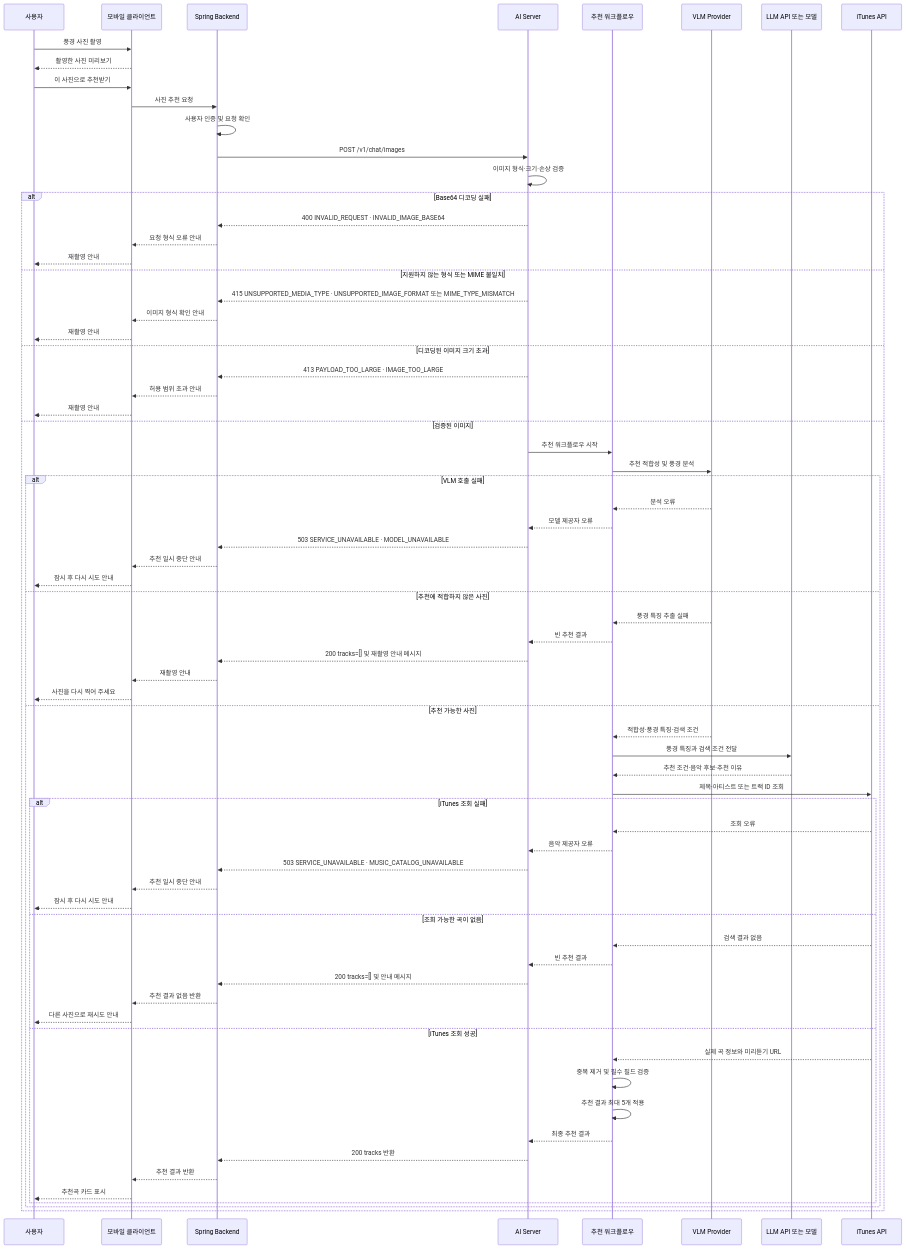
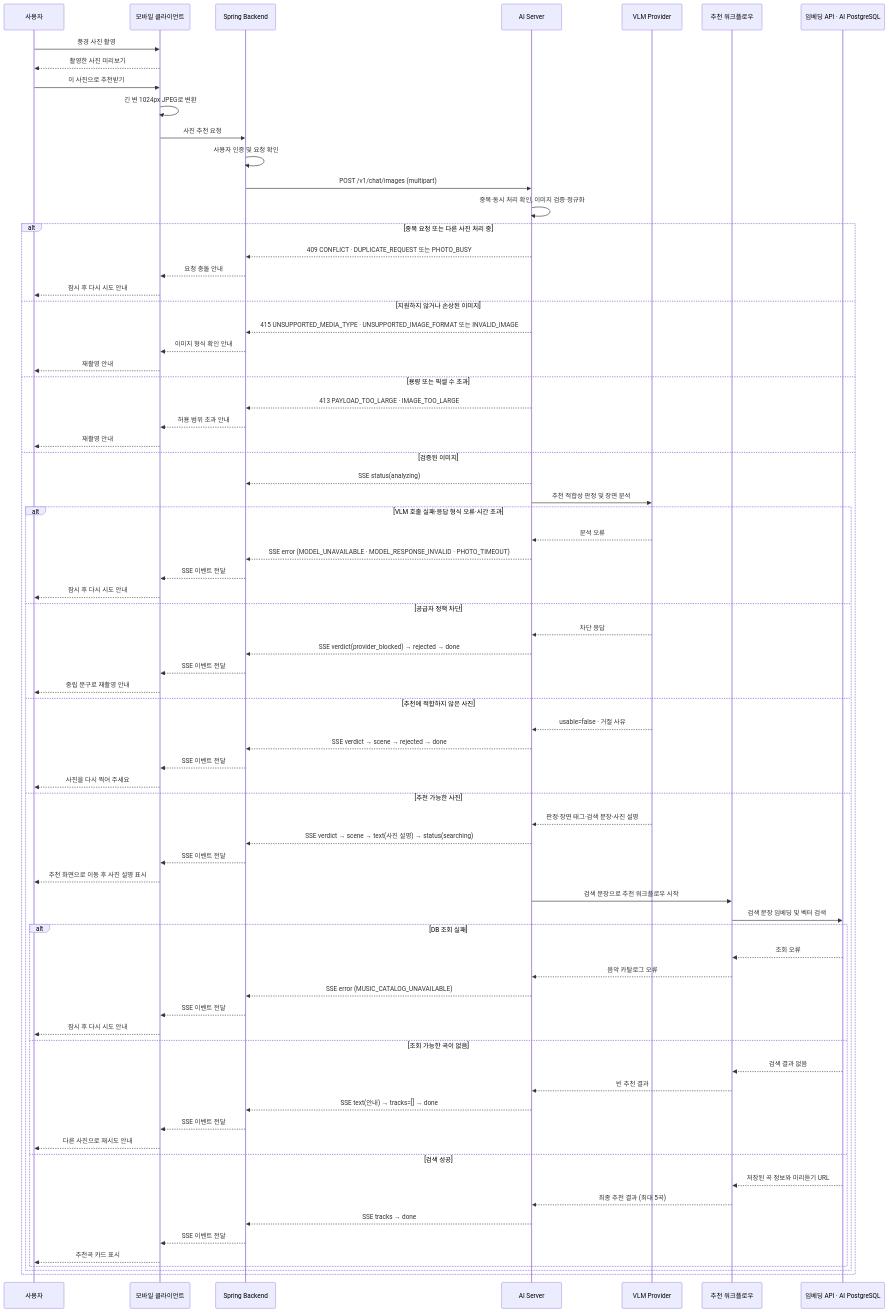
Before and after one commit to 100-hours-a-week/KTB4-18th-AI: the fourth of 5 diagrams in docs/wiki/week1/01-모델-API-설계.md, drawn with Mermaid. The commit also changed other lines of this file and 24 other files, not shown here.

````diff
--- a/docs/wiki/week1/01-모델-API-설계.md
+++ b/docs/wiki/week1/01-모델-API-설계.md
@@ -180,77 +188,80 @@
 ```mermaid
 sequenceDiagram
     participant U as 사용자
     participant F as 모바일 클라이언트
     participant S as Spring Backend
     participant A as AI Server
+    participant V as VLM Provider
     participant W as 추천 워크플로우
-    participant V as VLM Provider
-    participant L as LLM API 또는 모델
-    participant M as iTunes API
+    participant D as 임베딩 API · AI PostgreSQL
 
     U->>F: 풍경 사진 촬영
     F-->>U: 촬영한 사진 미리보기
     U->>F: 이 사진으로 추천받기
+    F->>F: 긴 변 1024px JPEG로 변환
     F->>S: 사진 추천 요청
     S->>S: 사용자 인증 및 요청 확인
-    S->>A: POST /v1/chat/images
-    A->>A: 이미지 형식·크기·손상 검증
+    S->>A: POST /v1/chat/images (multipart)
+    A->>A: 중복·동시 처리 확인, 이미지 검증·정규화
 
-    alt Base64 디코딩 실패
-        A-->>S: 400 INVALID_REQUEST · INVALID_IMAGE_BASE64
-        S-->>F: 요청 형식 오류 안내
-        F-->>U: 재촬영 안내
-    else 지원하지 않는 형식 또는 MIME 불일치
-        A-->>S: 415 UNSUPPORTED_MEDIA_TYPE · UNSUPPORTED_IMAGE_FORMAT 또는 MIME_TYPE_MISMATCH
+    alt 중복 요청 또는 다른 사진 처리 중
+        A-->>S: 409 CONFLICT · DUPLICATE_REQUEST 또는 PHOTO_BUSY
+        S-->>F: 요청 충돌 안내
+        F-->>U: 잠시 후 다시 시도 안내
+    else 지원하지 않거나 손상된 이미지
+        A-->>S: 415 UNSUPPORTED_MEDIA_TYPE · UNSUPPORTED_IMAGE_FORMAT 또는 INVALID_IMAGE
         S-->>F: 이미지 형식 확인 안내
         F-->>U: 재촬영 안내
-    else 디코딩된 이미지 크기 초과
+    else 용량 또는 픽셀 수 초과
         A-->>S: 413 PAYLOAD_TOO_LARGE · IMAGE_TOO_LARGE
         S-->>F: 허용 범위 초과 안내
         F-->>U: 재촬영 안내
     else 검증된 이미지
-        A->>W: 추천 워크플로우 시작
-        W->>V: 추천 적합성 및 풍경 분석
+        A-->>S: SSE status(analyzing)
+        A->>V: 추천 적합성 판정 및 장면 분석
 
-        alt VLM 호출 실패
-            V-->>W: 분석 오류
-            W-->>A: 모델 제공자 오류
-            A-->>S: 503 SERVICE_UNAVAILABLE · MODEL_UNAVAILABLE
-            S-->>F: 추천 일시 중단 안내
+        alt VLM 호출 실패·응답 형식 오류·시간 초과
+            V-->>A: 분석 오류
+            A-->>S: SSE error (MODEL_UNAVAILABLE · MODEL_RESPONSE_INVALID · PHOTO_TIMEOUT)
+            S-->>F: SSE 이벤트 전달
             F-->>U: 잠시 후 다시 시도 안내
+        else 공급자 정책 차단
+            V-->>A: 차단 응답
+            A-->>S: SSE verdict(provider_blocked) → rejected → done
+            S-->>F: SSE 이벤트 전달
+            F-->>U: 중립 문구로 재촬영 안내
         else 추천에 적합하지 않은 사진
-            V-->>W: 풍경 특징 추출 실패
-            W-->>A: 빈 추천 결과
-            A-->>S: 200 tracks=[] 및 재촬영 안내 메시지
-            S-->>F: 재촬영 안내
+            V-->>A: usable=false · 거절 사유
+            A-->>S: SSE verdict → scene → rejected → done
+            S-->>F: SSE 이벤트 전달
             F-->>U: 사진을 다시 찍어 주세요
         else 추천 가능한 사진
-            V-->>W: 적합성·풍경 특징·검색 조건
-            W->>L: 풍경 특징과 검색 조건 전달
-            L-->>W: 추천 조건·음악 후보·추천 이유
-            W->>M: 제목·아티스트 또는 트랙 ID 조회
+            V-->>A: 판정·장면 태그·검색 문장·사진 설명
+            A-->>S: SSE verdict → scene → text(사진 설명) → status(searching)
+            S-->>F: SSE 이벤트 전달
+            F-->>U: 추천 화면으로 이동 후 사진 설명 표시
+            A->>W: 검색 문장으로 추천 워크플로우 시작
+            W->>D: 검색 문장 임베딩 및 벡터 검색
 
-            alt iTunes 조회 실패
-                M-->>W: 조회 오류
-                W-->>A: 음악 제공자 오류
-                A-->>S: 503 SERVICE_UNAVAILABLE · MUSIC_CATALOG_UNAVAILABLE
-                S-->>F: 추천 일시 중단 안내
+            alt DB 조회 실패
+                D-->>W: 조회 오류
+                W-->>A: 음악 카탈로그 오류
+                A-->>S: SSE error (MUSIC_CATALOG_UNAVAILABLE)
+                S-->>F: SSE 이벤트 전달
                 F-->>U: 잠시 후 다시 시도 안내
             else 조회 가능한 곡이 없음
-                M-->>W: 검색 결과 없음
+                D-->>W: 검색 결과 없음
                 W-->>A: 빈 추천 결과
-                A-->>S: 200 tracks=[] 및 안내 메시지
-                S-->>F: 추천 결과 없음 반환
+                A-->>S: SSE text(안내) → tracks=[] → done
+                S-->>F: SSE 이벤트 전달
                 F-->>U: 다른 사진으로 재시도 안내
-            else iTunes 조회 성공
-                M-->>W: 실제 곡 정보와 미리듣기 URL
-                W->>W: 중복 제거 및 필수 필드 검증
-                W->>W: 추천 결과 최대 5개 적용
-                W-->>A: 최종 추천 결과
-                A-->>S: 200 tracks 반환
-                S-->>F: 추천 결과 반환
+            else 검색 성공
+                D-->>W: 저장된 곡 정보와 미리듣기 URL
+                W-->>A: 최종 추천 결과 (최대 5곡)
+                A-->>S: SSE tracks → done
+                S-->>F: SSE 이벤트 전달
                 F-->>U: 추천곡 카드 표시
             end
         end
     end
 ```
````
